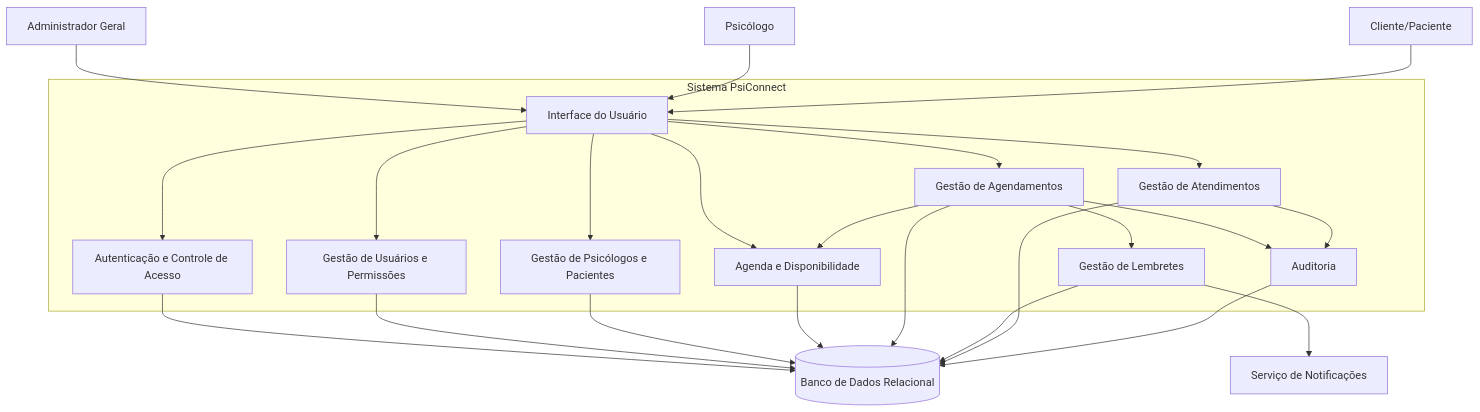
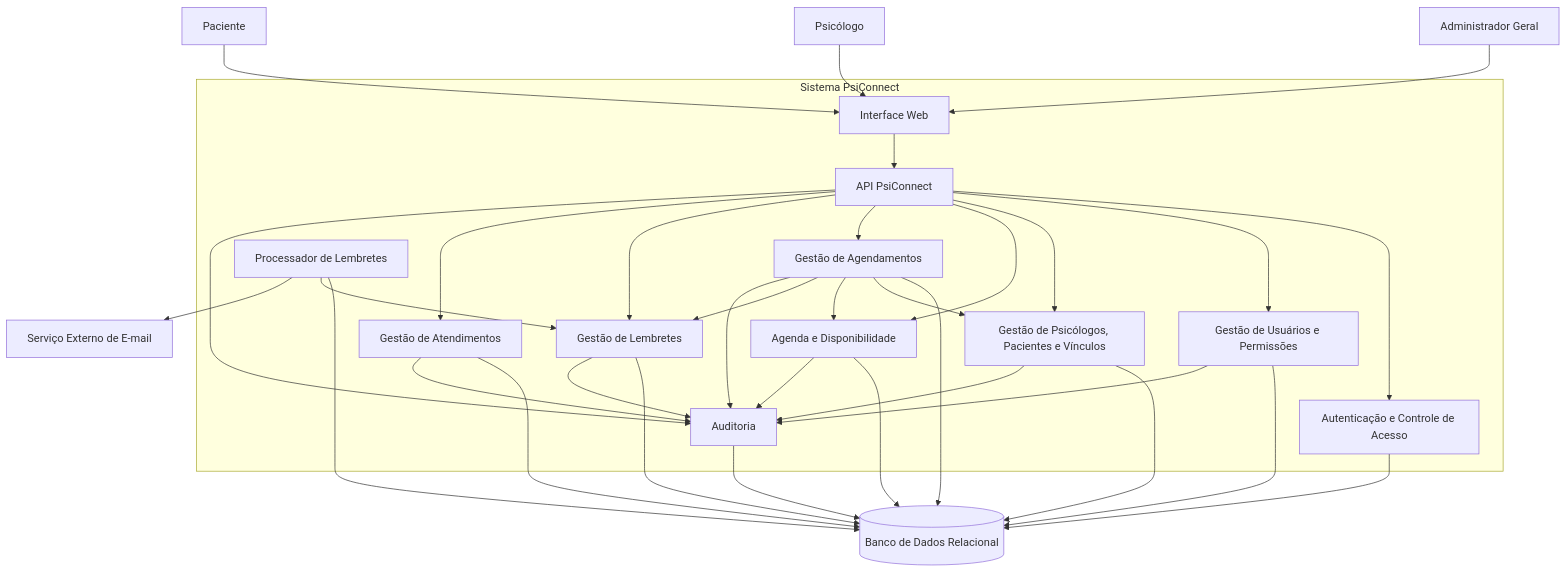
Diagram 12 of 14 in README.md (Icaro230307/AV3-PsiConnect), drawn with Mermaid before and after one commit. The commit also changed other lines of this file, not shown here.

````diff
--- a/README.md
+++ b/README.md
@@ -368,47 +685,62 @@
 ```mermaid
 flowchart TB
     Admin["Administrador Geral"]
     Psi["Psicólogo"]
-    Pac["Cliente/Paciente"]
+    Pac["Paciente"]
 
     subgraph Sistema["Sistema PsiConnect"]
-        UI["Interface do Usuário"]
+        UI["Interface Web"]
+        API["API PsiConnect"]
         Auth["Autenticação e Controle de Acesso"]
         Usuarios["Gestão de Usuários e Permissões"]
-        Cadastros["Gestão de Psicólogos e Pacientes"]
+        Cadastros["Gestão de Psicólogos, Pacientes e Vínculos"]
         Agenda["Agenda e Disponibilidade"]
         Agendamentos["Gestão de Agendamentos"]
         Lembretes["Gestão de Lembretes"]
         Atendimentos["Gestão de Atendimentos"]
         Auditoria["Auditoria"]
+        Processador["Processador de Lembretes"]
     end
 
     BD[("Banco de Dados Relacional")]
-    Notificacao["Serviço de Notificações"]
+    Email["Serviço Externo de E-mail"]
 
     Admin --> UI
     Psi --> UI
     Pac --> UI
 
-    UI --> Auth
-    UI --> Usuarios
-    UI --> Cadastros
-    UI --> Agenda
-    UI --> Agendamentos
-    UI --> Atendimentos
+    UI --> API
+
+    API --> Auth
+    API --> Usuarios
+    API --> Cadastros
+    API --> Agenda
+    API --> Agendamentos
+    API --> Lembretes
+    API --> Atendimentos
+    API --> Auditoria
 
     Auth --> BD
     Usuarios --> BD
     Cadastros --> BD
     Agenda --> BD
     Agendamentos --> BD
     Lembretes --> BD
     Atendimentos --> BD
     Auditoria --> BD
+    Processador --> BD
 
+    Agendamentos --> Cadastros
     Agendamentos --> Agenda
     Agendamentos --> Lembretes
     Agendamentos --> Auditoria
+
+    Usuarios --> Auditoria
+    Cadastros --> Auditoria
+    Agenda --> Auditoria
     Atendimentos --> Auditoria
-    Lembretes --> Notificacao
+    Lembretes --> Auditoria
+
+    Processador --> Lembretes
+    Processador --> Email
 ```
````
